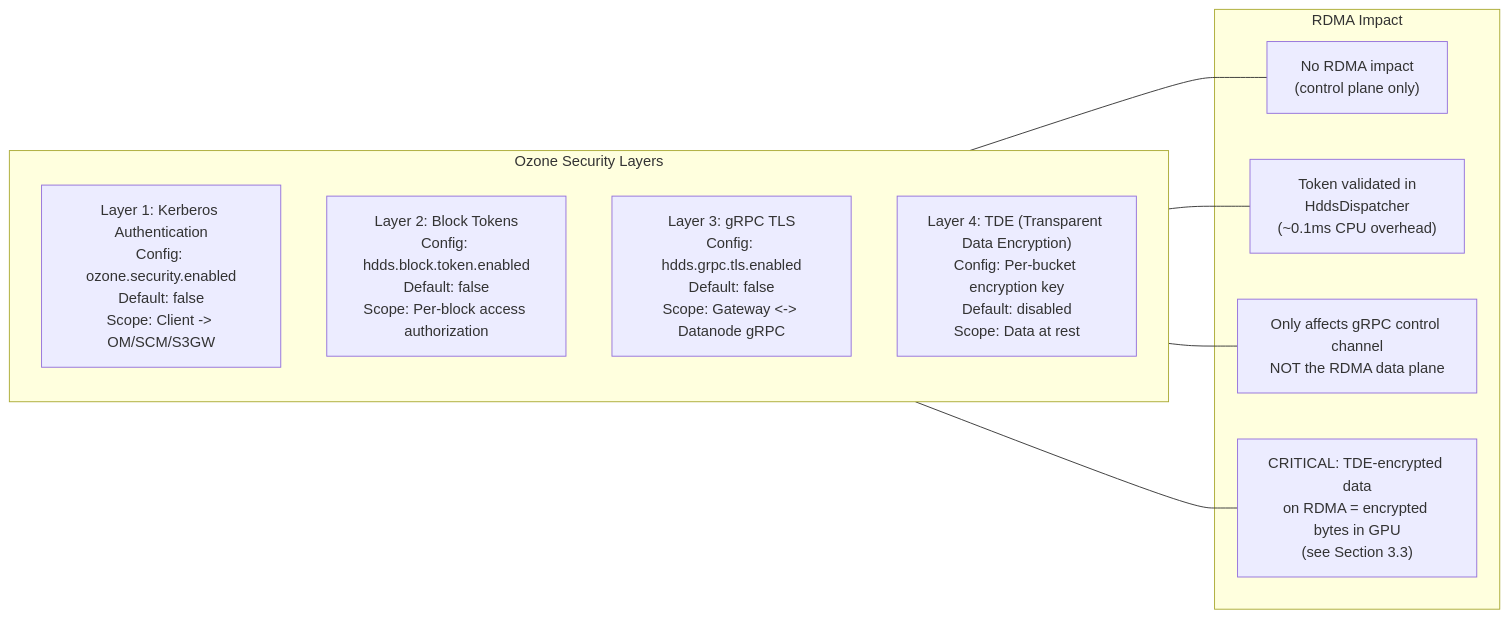
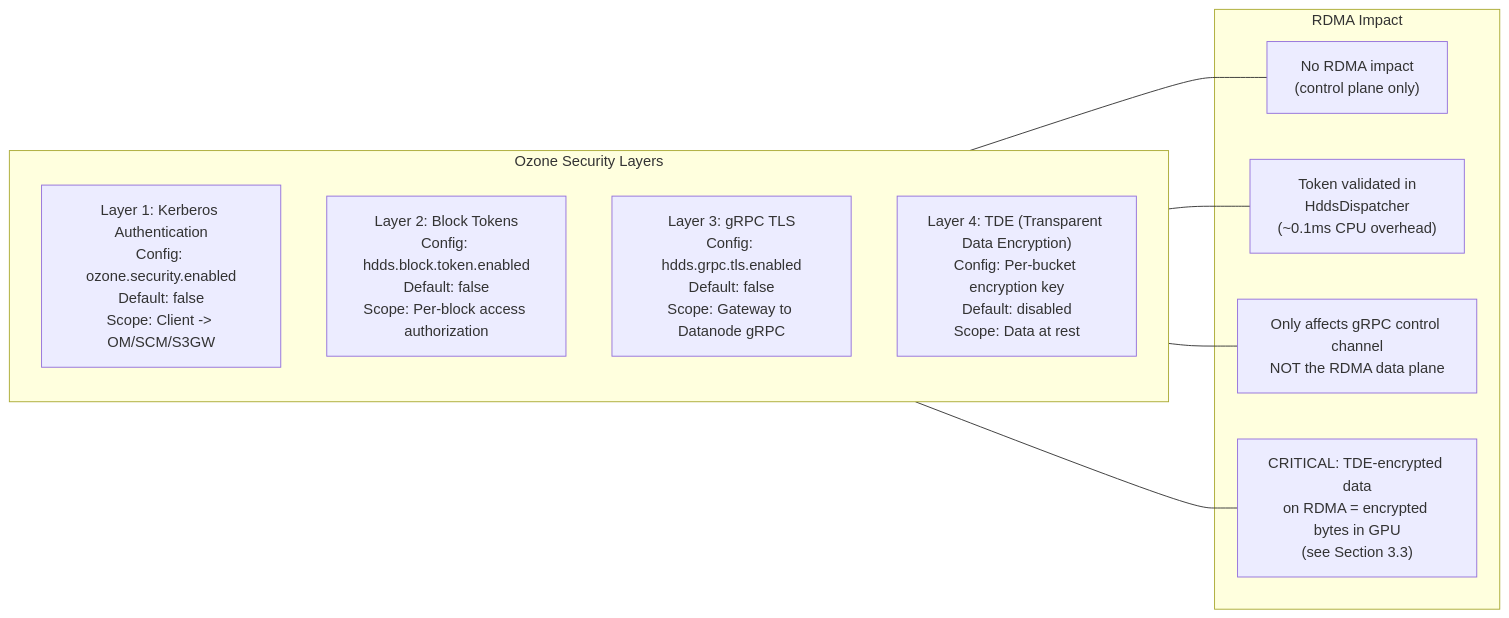
Diagram 12 of 17 in docs/gds-dn-direct-rdma-implementation-spec.md (ptlrs/ozone), drawn with Mermaid before and after one commit. The commit also changed other lines of this file, not shown here.

````diff
--- a/docs/gds-dn-direct-rdma-implementation-spec.md
+++ b/docs/gds-dn-direct-rdma-implementation-spec.md
@@ -922,22 +974,22 @@
 ```mermaid
 flowchart LR
   subgraph Layers["Ozone Security Layers"]
     direction TB
     L1["Layer 1: Kerberos Authentication<br/>Config: ozone.security.enabled<br/>Default: false<br/>Scope: Client -> OM/SCM/S3GW"]
     L2["Layer 2: Block Tokens<br/>Config: hdds.block.token.enabled<br/>Default: false<br/>Scope: Per-block access authorization"]
-    L3["Layer 3: gRPC TLS<br/>Config: hdds.grpc.tls.enabled<br/>Default: false<br/>Scope: Gateway <-> Datanode gRPC"]
+    L3["Layer 3: gRPC TLS<br/>Config: hdds.grpc.tls.enabled<br/>Default: false<br/>Scope: Gateway to Datanode gRPC"]
     L4["Layer 4: TDE (Transparent Data Encryption)<br/>Config: Per-bucket encryption key<br/>Default: disabled<br/>Scope: Data at rest"]
   end
 
   subgraph Impact["RDMA Impact"]
     I1["No RDMA impact<br/>(control plane only)"]
     I2["Token validated in<br/>HddsDispatcher<br/>(~0.1ms CPU overhead)"]
     I3["Only affects gRPC control channel<br/>NOT the RDMA data plane"]
     I4["CRITICAL: TDE-encrypted data<br/>on RDMA = encrypted bytes in GPU<br/>(see Section 3.3)"]
   end
 
   L1 --- I1
   L2 --- I2
   L3 --- I3
   L4 --- I4
 ```
````
